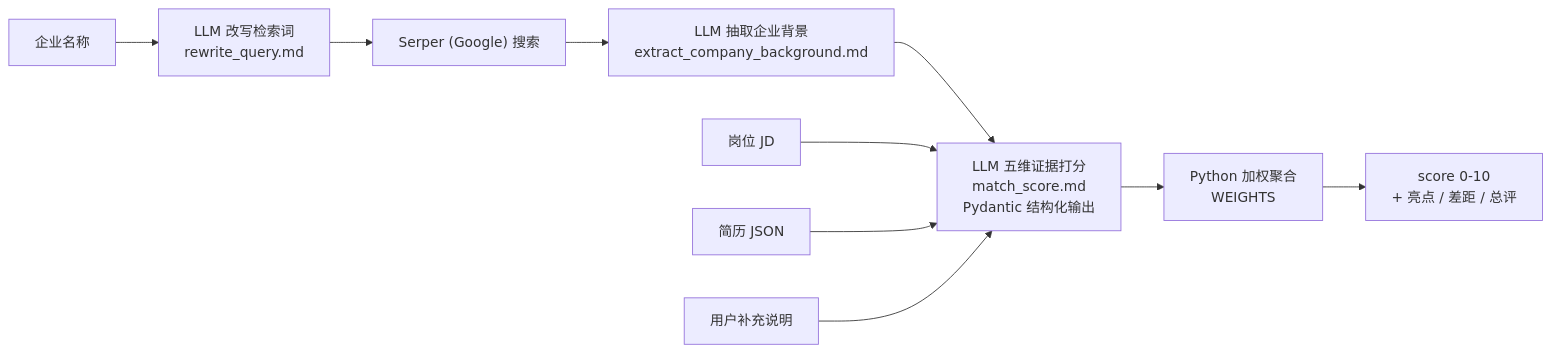
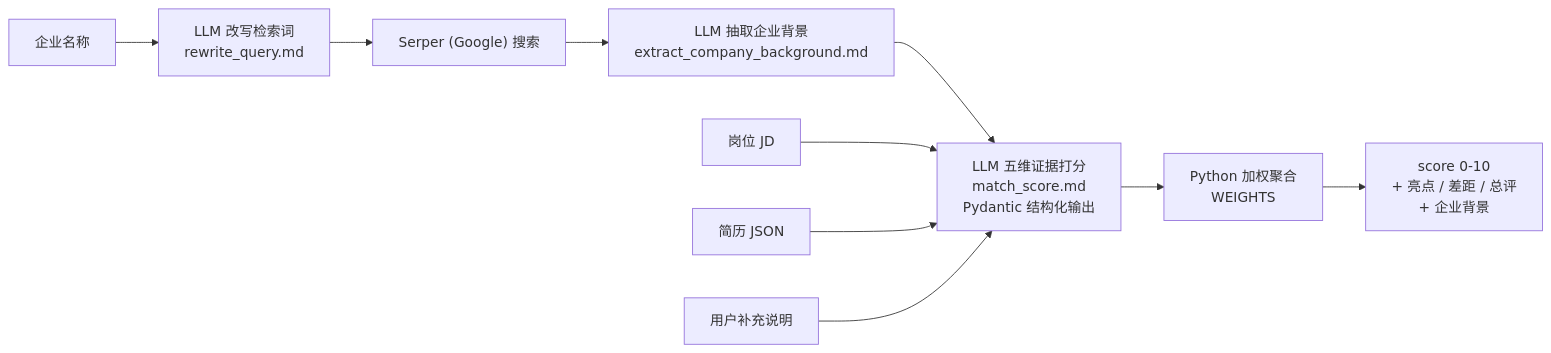
The diagram in README.md (tmracy/Resume-Match), drawn with Mermaid before and after one commit. The commit also changed other lines of this file and 9 other files, not shown here.

````diff
--- a/README.md
+++ b/README.md
@@ -20,12 +20,12 @@
 ```mermaid
 flowchart LR
     A[企业名称] --> B["LLM 改写检索词<br/>rewrite_query.md"]
     B --> C["Serper (Google) 搜索"]
     C --> D["LLM 抽取企业背景<br/>extract_company_background.md"]
     D --> E["LLM 五维证据打分<br/>match_score.md<br/>Pydantic 结构化输出"]
     F[岗位 JD] --> E
     G[简历 JSON] --> E
     H[用户补充说明] --> E
     E --> I["Python 加权聚合<br/>WEIGHTS"]
-    I --> J["score 0-10<br/>+ 亮点 / 差距 / 总评"]
+    I --> J["score 0-10<br/>+ 亮点 / 差距 / 总评<br/>+ 企业背景"]
 ```
````
